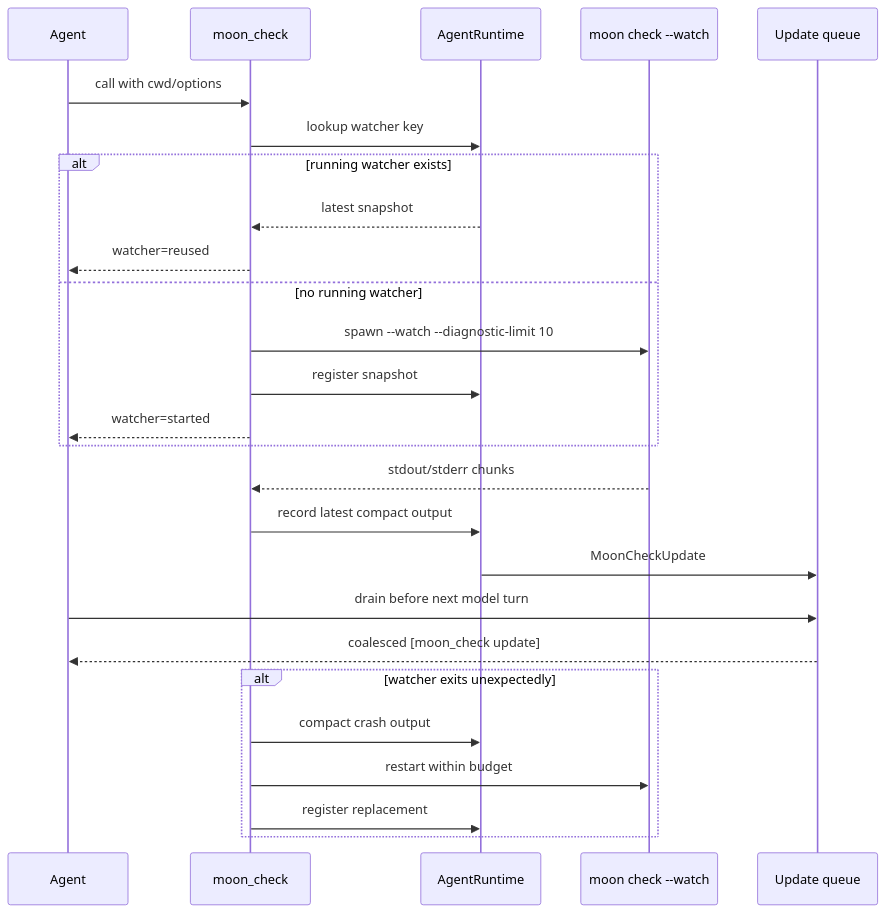
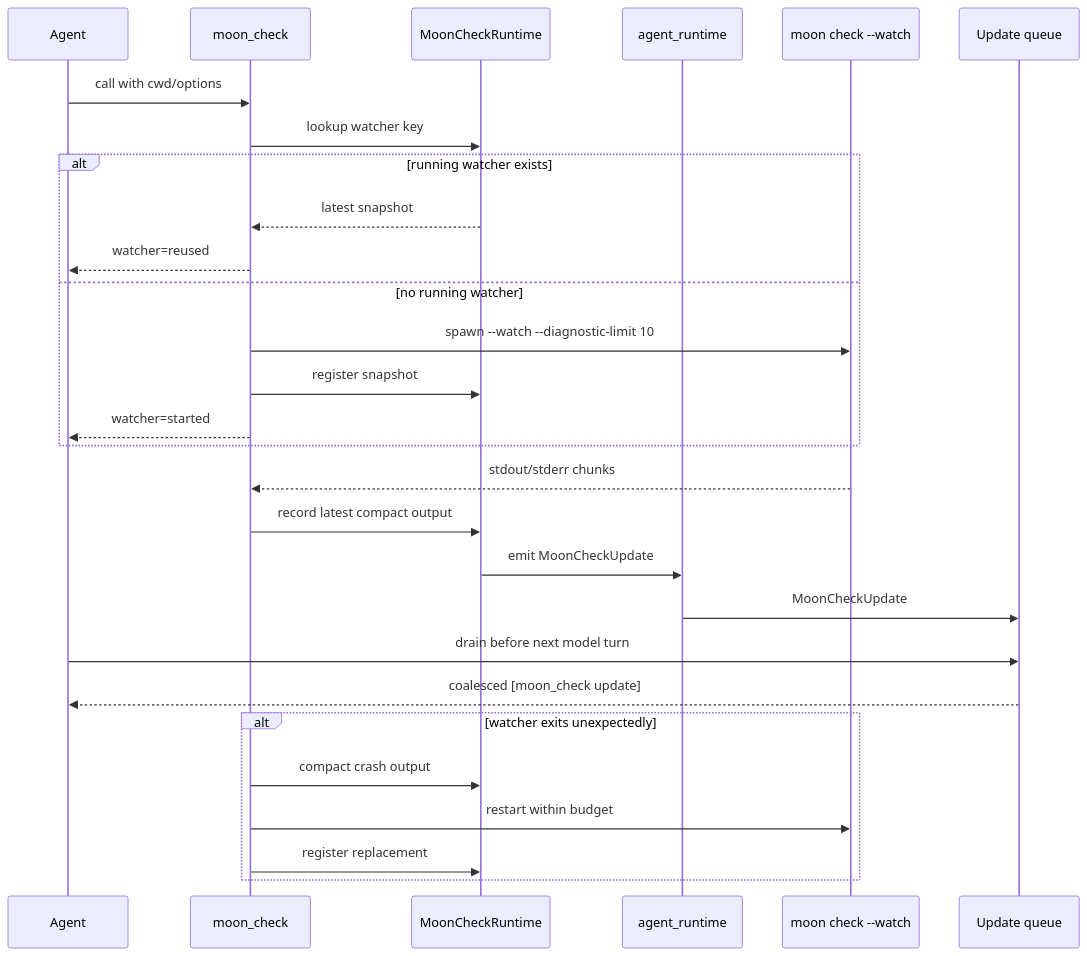
The diagram in agent_tool/moon_check/README.mbt.md (vectie/openseek), drawn with Mermaid before and after one commit. The commit also changed 17 other files, not shown here.

Commit message:
Refactor agent runtime out of tool registry

````diff
--- a/agent_tool/moon_check/README.mbt.md
+++ b/agent_tool/moon_check/README.mbt.md
@@ -30,29 +30,31 @@
 ```mermaid
 sequenceDiagram
   participant Agent
   participant Tool as moon_check
-  participant Runtime as AgentRuntime
+  participant State as MoonCheckRuntime
+  participant Runtime as agent_runtime
   participant Watcher as moon check --watch
   participant Queue as Update queue
 
   Agent->>Tool: call with cwd/options
-  Tool->>Runtime: lookup watcher key
+  Tool->>State: lookup watcher key
   alt running watcher exists
-    Runtime-->>Tool: latest snapshot
+    State-->>Tool: latest snapshot
     Tool-->>Agent: watcher=reused
   else no running watcher
     Tool->>Watcher: spawn --watch --diagnostic-limit 10
-    Tool->>Runtime: register snapshot
+    Tool->>State: register snapshot
     Tool-->>Agent: watcher=started
   end
   Watcher-->>Tool: stdout/stderr chunks
-  Tool->>Runtime: record latest compact output
+  Tool->>State: record latest compact output
+  State->>Runtime: emit MoonCheckUpdate
   Runtime->>Queue: MoonCheckUpdate
   Agent->>Queue: drain before next model turn
   Queue-->>Agent: coalesced [moon_check update]
   alt watcher exits unexpectedly
-    Tool->>Runtime: compact crash output
+    Tool->>State: compact crash output
     Tool->>Watcher: restart within budget
-    Tool->>Runtime: register replacement
+    Tool->>State: register replacement
   end
 ```
````
